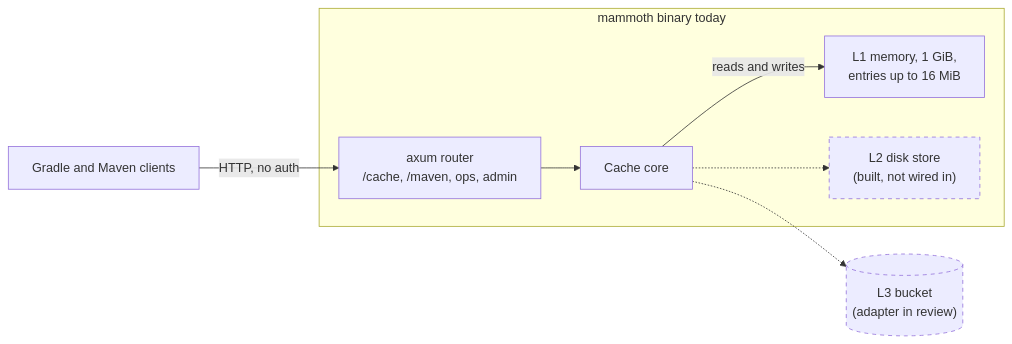
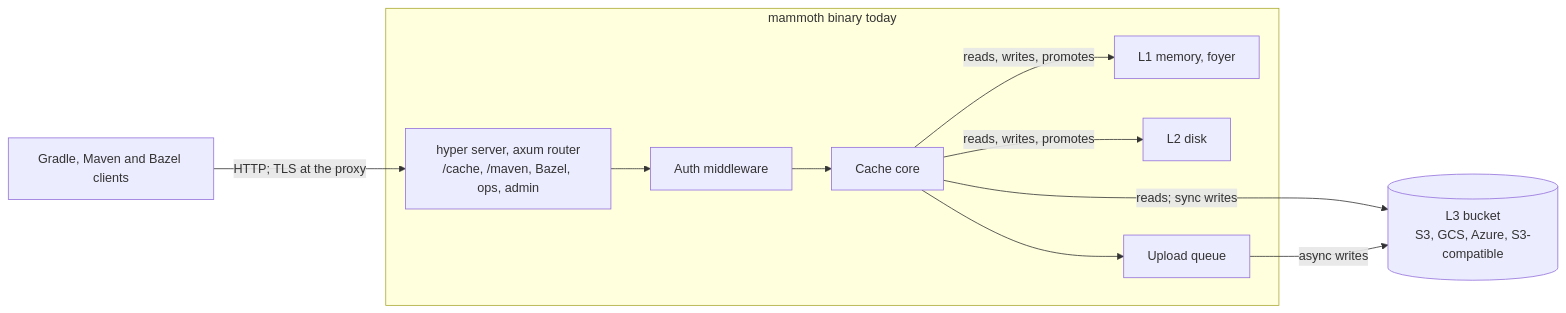
Before and after one commit to nevzheng/mammoth-cache: the fifth of 5 diagrams in docs/design/0003-architecture.md, drawn with Mermaid. The commit also changed other lines of this file and 5 other files, not shown here.

First line of the commit message:
feat(bucket): allow http endpoints and document bucket access

````diff
--- a/docs/design/0003-architecture.md
+++ b/docs/design/0003-architecture.md
@@ -302,18 +302,19 @@
 ```mermaid
 flowchart LR
-    client["Gradle and Maven clients"]
+    client["Gradle, Maven and Bazel clients"]
     subgraph node["mammoth binary today"]
-        http["axum router<br/>/cache, /maven, ops, admin"]
+        http["hyper server, axum router<br/>/cache, /maven, Bazel, ops, admin"]
+        auth["Auth middleware"]
         core["Cache core"]
-        l1["L1 memory, 1 GiB,<br/>entries up to 16 MiB"]
-        l2["L2 disk store<br/>(built, not wired in)"]
+        l1["L1 memory, foyer"]
+        l2["L2 disk"]
+        q["Upload queue"]
     end
-    l3[("L3 bucket<br/>(adapter in review)")]
-    client -- "HTTP, no auth" --> http
-    http --> core
-    core -- "reads and writes" --> l1
-    core -.-> l2
-    core -.-> l3
-    classDef planned stroke-dasharray: 5 5
-    class l2,l3 planned
+    l3[("L3 bucket<br/>S3, GCS, Azure, S3-compatible")]
+    client -- "HTTP; TLS at the proxy" --> http
+    http --> auth --> core
+    core -- "reads, writes, promotes" --> l1
+    core -- "reads, writes, promotes" --> l2
+    core -- "reads; sync writes" --> l3
+    core --> q -- "async writes" --> l3
 ```
````
